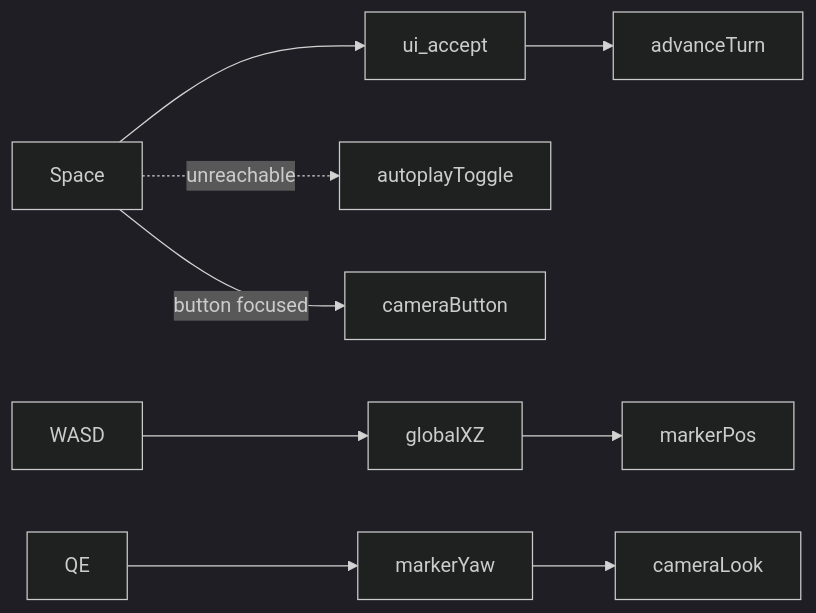
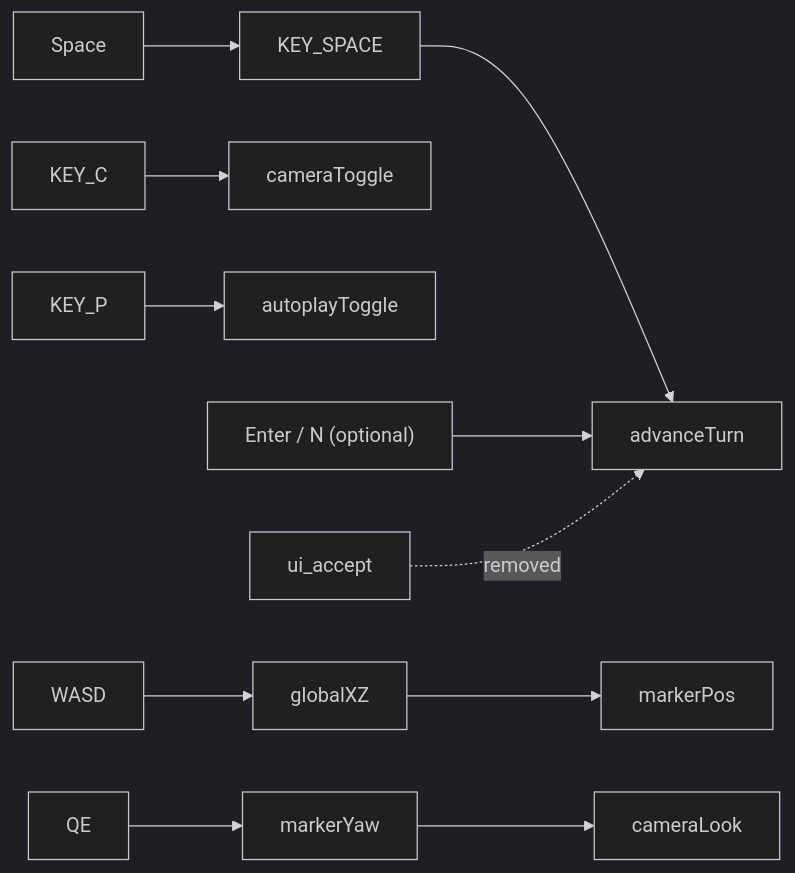
One commit to Joesalmon1985/Gods-and-Wizards changed the diagram in docs/RUN_J_PLANNING_DARK_FANTASY_REUSE.md. Above: the diagram before and after it, drawn with Mermaid (dark theme). The commit also changed other lines of this file, not shown here.

````diff
--- a/docs/RUN_J_PLANNING_DARK_FANTASY_REUSE.md
+++ b/docs/RUN_J_PLANNING_DARK_FANTASY_REUSE.md
@@ -48,11 +48,13 @@
 ```mermaid
 flowchart LR
-  Space --> ui_accept
-  ui_accept --> advanceTurn
-  Space -.->|unreachable| autoplayToggle
-  Space -->|button focused| cameraButton
+  Space --> KEY_SPACE
+  KEY_SPACE --> advanceTurn
+  KEY_C --> cameraToggle
+  KEY_P --> autoplayToggle
+  EnterN["Enter / N (optional)"] --> advanceTurn
+  ui_accept -.->|removed| advanceTurn
   WASD --> globalXZ
   QE --> markerYaw
   globalXZ --> markerPos
   markerYaw --> cameraLook
 ```
````
